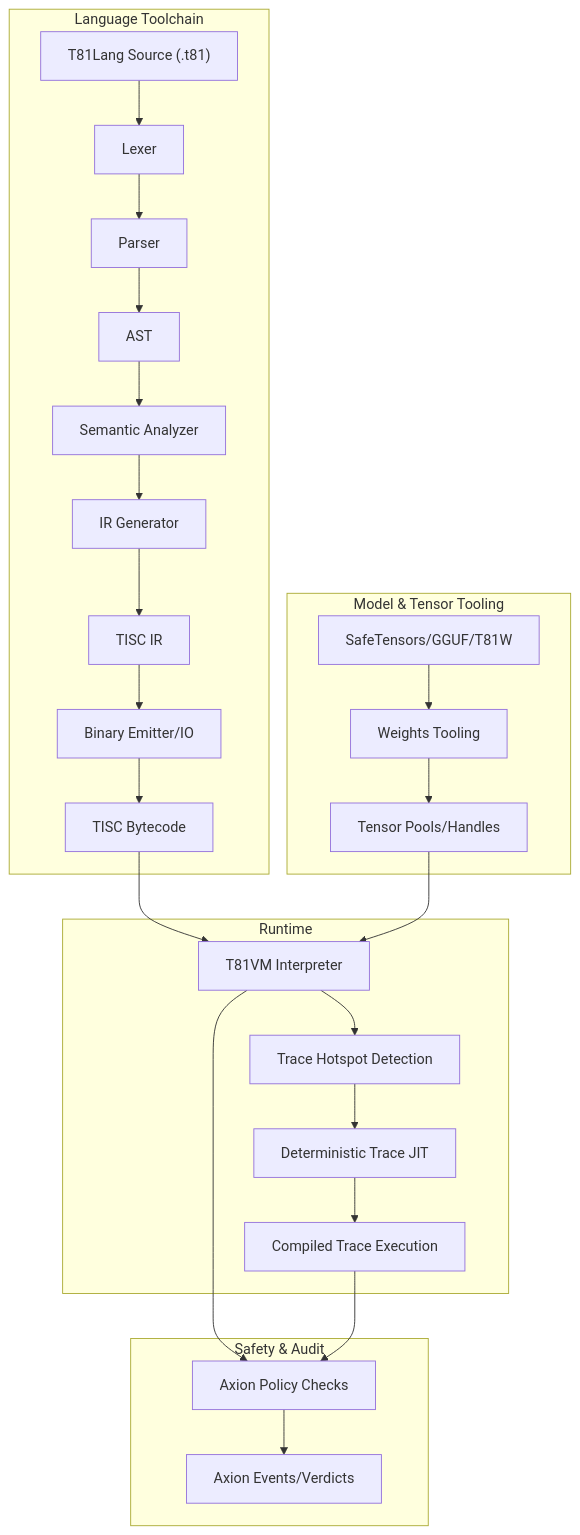
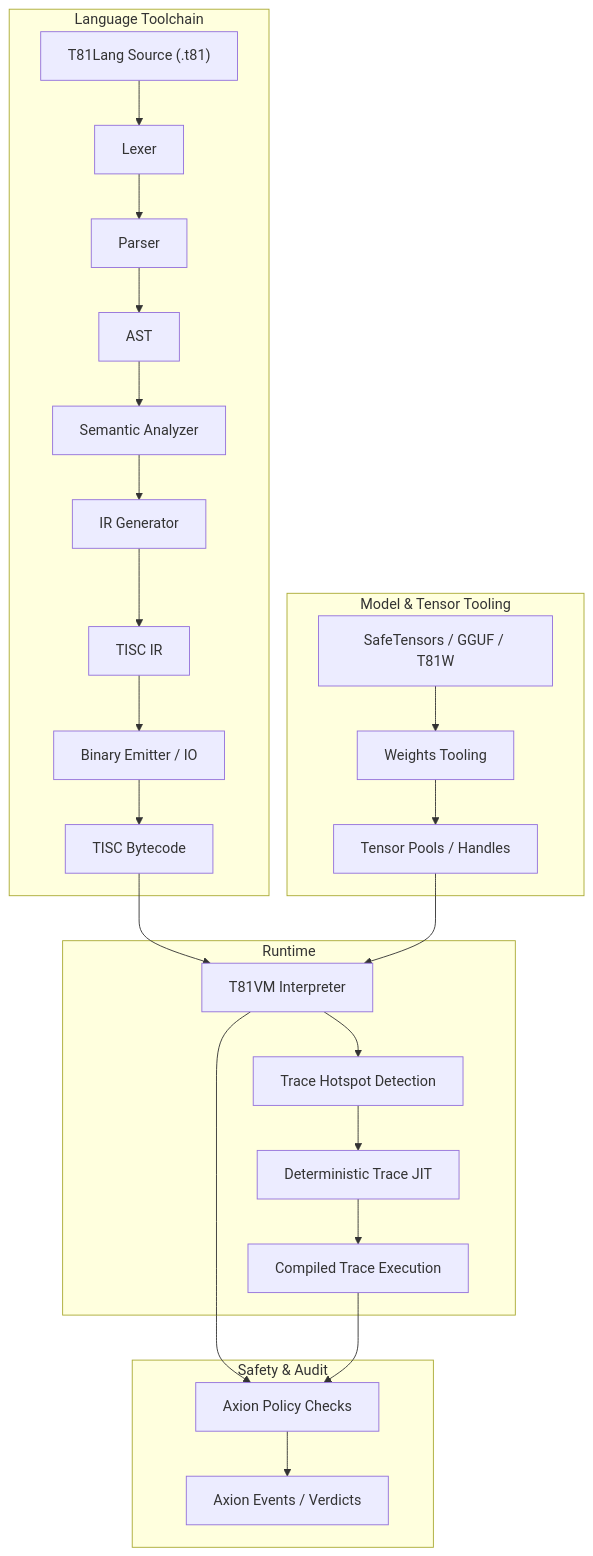
One commit to ryansctt1994-sudo/t81-foundation changed the diagram in README.md. Above: the diagram before and after it, drawn with Mermaid. The commit also changed other lines of this file, not shown here.

````diff
--- a/README.md
+++ b/README.md
@@ -85,29 +91,29 @@
 ```mermaid
 graph TD
     subgraph "Language Toolchain"
         A["T81Lang Source (.t81)"] --> B[Lexer]
         B --> C[Parser]
         C --> D[AST]
-        D --> E[Semantic Analyzer]
-        E --> F[IR Generator]
-        F --> G[TISC IR]
-        G --> H[Binary Emitter/IO]
-        H --> I[TISC Bytecode]
+        D --> E["Semantic Analyzer"]
+        E --> F["IR Generator"]
+        F --> G["TISC IR"]
+        G --> H["Binary Emitter / IO"]
+        H --> I["TISC Bytecode"]
     end
     subgraph "Runtime"
-        I --> J[T81VM Interpreter]
-        J --> K[Trace Hotspot Detection]
-        K --> L[Deterministic Trace JIT]
-        L --> M[Compiled Trace Execution]
+        I --> J["T81VM Interpreter"]
+        J --> K["Trace Hotspot Detection"]
+        K --> L["Deterministic Trace JIT"]
+        L --> M["Compiled Trace Execution"]
     end
     subgraph "Safety & Audit"
-        J --> N[Axion Policy Checks]
+        J --> N["Axion Policy Checks"]
         M --> N
-        N --> O[Axion Events/Verdicts]
+        N --> O["Axion Events / Verdicts"]
     end
     subgraph "Model & Tensor Tooling"
-        P[SafeTensors/GGUF/T81W] --> Q[Weights Tooling]
-        Q --> R[Tensor Pools/Handles]
+        P["SafeTensors / GGUF / T81W"] --> Q["Weights Tooling"]
+        Q --> R["Tensor Pools / Handles"]
         R --> J
     end
 ```
````
